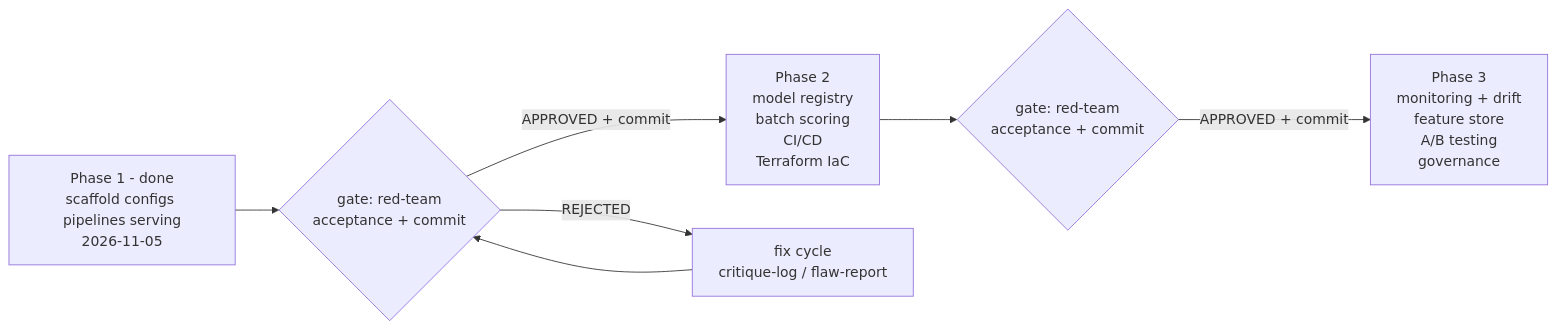
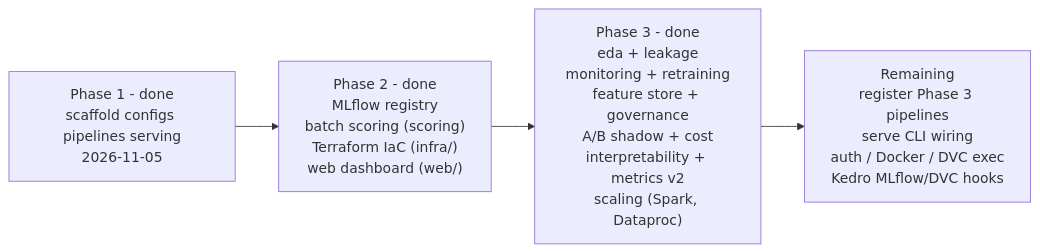
The sixth of 6 diagrams in forecast_ml_framework/README.md (ankithaldar/all_projects), drawn with Mermaid before and after one commit. The commit also changed other lines of this file and 63 other files, not shown here.

First line of the commit message:
feat(forecast-ml): phase 3 monitoring, EDA, interpretability, governance

````diff
--- a/forecast_ml_framework/README.md
+++ b/forecast_ml_framework/README.md
@@ -1121,9 +1456,6 @@
 ```mermaid
 flowchart LR
-  P1["Phase 1 - done<br/>scaffold configs pipelines serving<br/>2026-11-05"] --> G1{"gate: red-team<br/>acceptance + commit"}
-  G1 -- "APPROVED + commit" --> P2["Phase 2<br/>model registry<br/>batch scoring<br/>CI/CD<br/>Terraform IaC"]
-  G1 -- "REJECTED" --> FIX["fix cycle<br/>critique-log / flaw-report"]
-  FIX --> G1
-  P2 --> G2{"gate: red-team<br/>acceptance + commit"}
-  G2 -- "APPROVED + commit" --> P3["Phase 3<br/>monitoring + drift<br/>feature store<br/>A/B testing<br/>governance"]
+  P1["Phase 1 - done<br/>scaffold configs pipelines serving<br/>2026-11-05"] --> P2["Phase 2 - done<br/>MLflow registry<br/>batch scoring (scoring)<br/>Terraform IaC (infra/)<br/>web dashboard (web/)"]
+  P2 --> P3["Phase 3 - done<br/>eda + leakage<br/>monitoring + retraining<br/>feature store + governance<br/>A/B shadow + cost<br/>interpretability + metrics v2<br/>scaling (Spark, Dataproc)"]
+  P3 --> REM["Remaining<br/>register Phase 3 pipelines<br/>serve CLI wiring<br/>auth / Docker / DVC exec<br/>Kedro MLflow/DVC hooks"]
 ```
````
